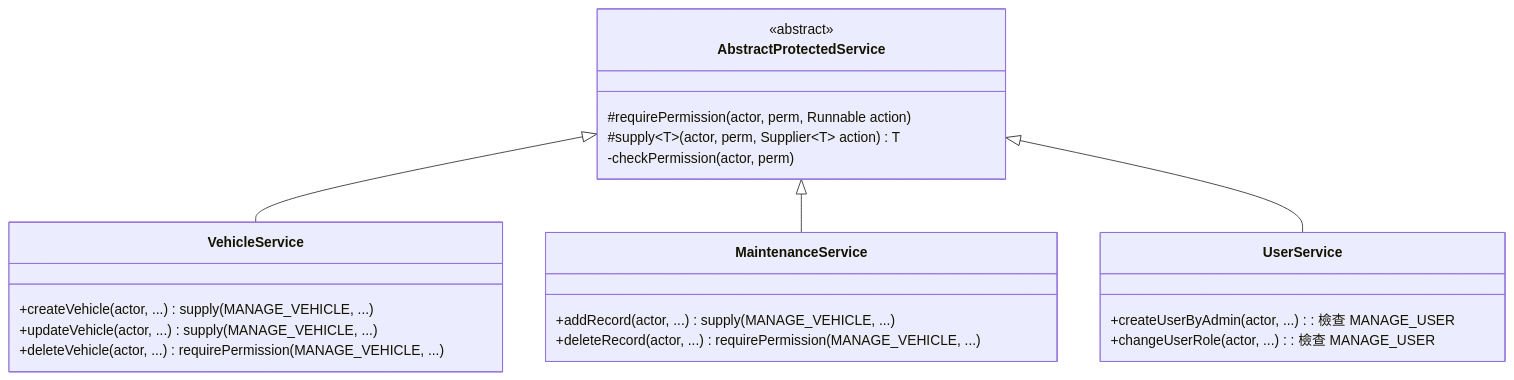
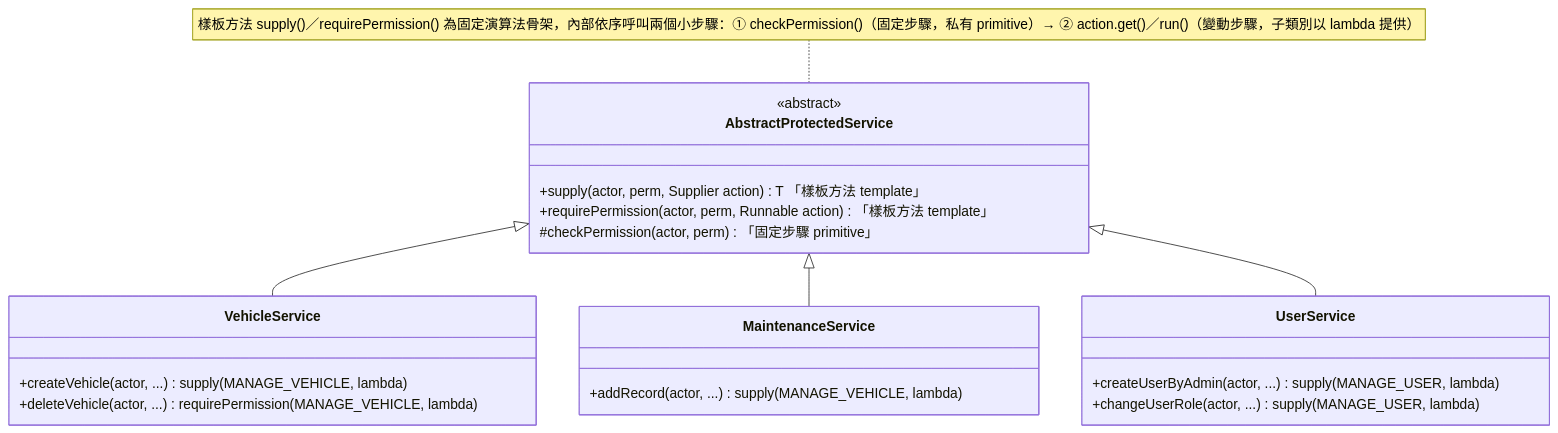
Before and after one commit to JW-Albert/114-2_FCU_Framework-Design-Final: the fifth of 16 diagrams in README.md, drawn with Mermaid. The commit also changed other lines of this file, not shown here.

First line of the commit message:
docs(uml): 依老師回饋補完五個設計模式 UML

````diff
--- a/README.md
+++ b/README.md
@@ -283,26 +283,26 @@
 ```mermaid
 classDiagram
     class AbstractProtectedService {
         <<abstract>>
-        #requirePermission(actor, perm, Runnable action)
-        #supply~T~(actor, perm, Supplier~T~ action) T
-        -checkPermission(actor, perm)
+        +supply(actor, perm, Supplier action) T  「樣板方法 template」
+        +requirePermission(actor, perm, Runnable action)  「樣板方法 template」
+        #checkPermission(actor, perm)  「固定步驟 primitive」
     }
     class VehicleService {
-        +createVehicle(actor, ...) : supply(MANAGE_VEHICLE, ...)
-        +updateVehicle(actor, ...) : supply(MANAGE_VEHICLE, ...)
-        +deleteVehicle(actor, ...) : requirePermission(MANAGE_VEHICLE, ...)
+        +createVehicle(actor, ...) : supply(MANAGE_VEHICLE, lambda)
+        +deleteVehicle(actor, ...) : requirePermission(MANAGE_VEHICLE, lambda)
     }
     class MaintenanceService {
-        +addRecord(actor, ...) : supply(MANAGE_VEHICLE, ...)
-        +deleteRecord(actor, ...) : requirePermission(MANAGE_VEHICLE, ...)
+        +addRecord(actor, ...) : supply(MANAGE_VEHICLE, lambda)
     }
     class UserService {
-        +createUserByAdmin(actor, ...) : 檢查 MANAGE_USER
-        +changeUserRole(actor, ...) : 檢查 MANAGE_USER
+        +createUserByAdmin(actor, ...) : supply(MANAGE_USER, lambda)
+        +changeUserRole(actor, ...) : supply(MANAGE_USER, lambda)
     }
 
     AbstractProtectedService <|-- VehicleService
     AbstractProtectedService <|-- MaintenanceService
     AbstractProtectedService <|-- UserService
+
+    note for AbstractProtectedService "樣板方法 supply()／requirePermission() 為固定演算法骨架，內部依序呼叫兩個小步驟：① checkPermission()（固定步驟，私有 primitive）→ ② action.get()／run()（變動步驟，子類別以 lambda 提供）"
 ```
````
